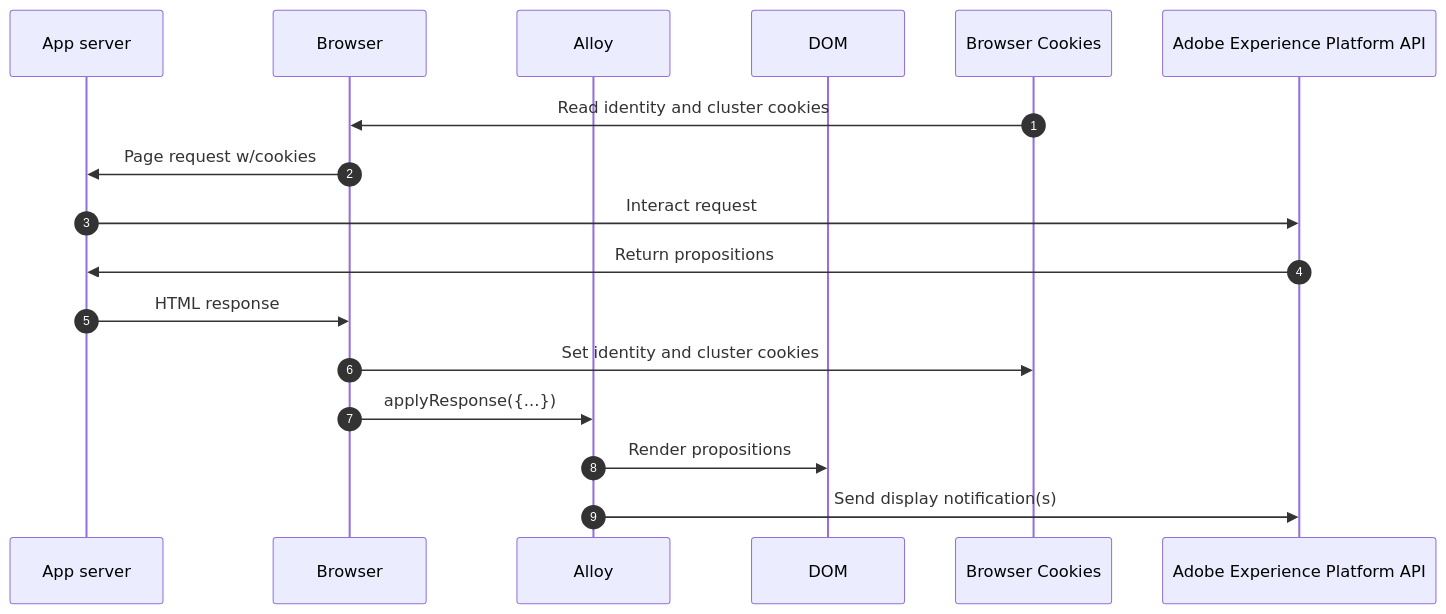
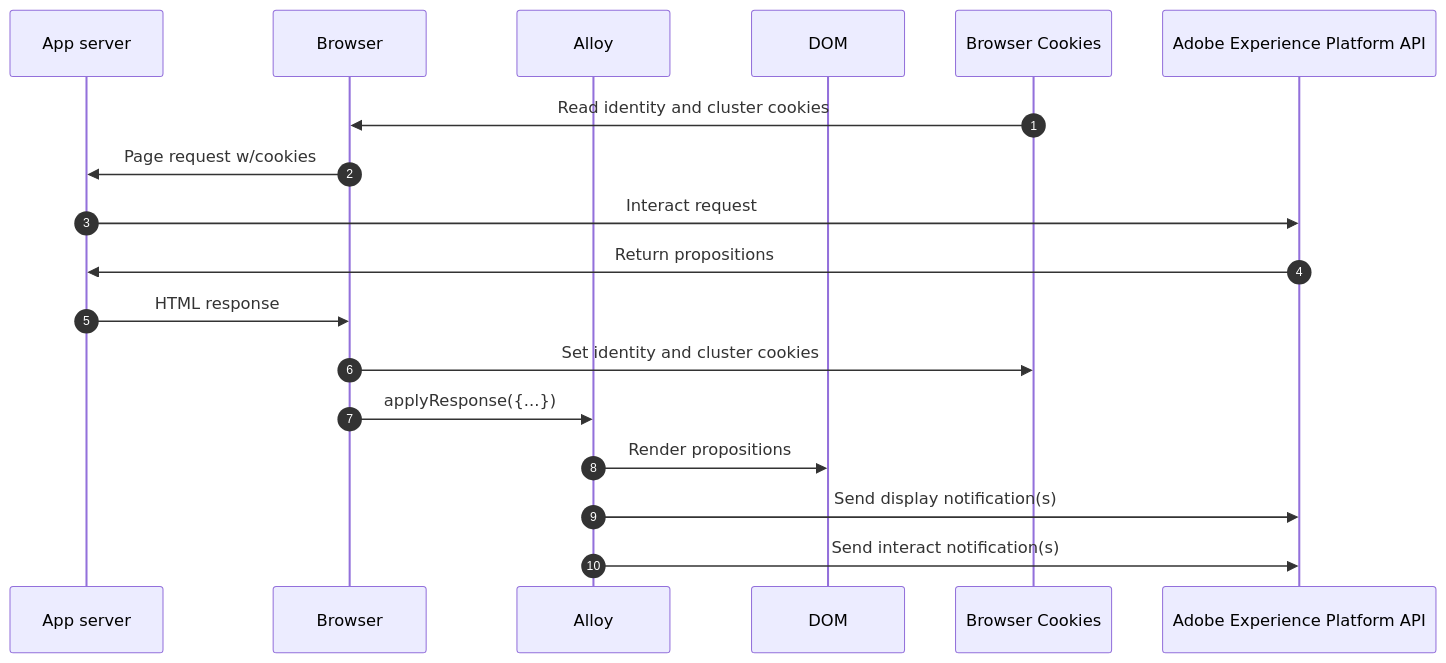
The diagram in ajo/personalization-hybrid/README.md (adobe/alloy-samples), drawn with Mermaid before and after one commit. The commit also changed other lines of this file and 5 other files, not shown here.

````diff
--- a/ajo/personalization-hybrid/README.md
+++ b/ajo/personalization-hybrid/README.md
@@ -270,19 +267,20 @@
 ```mermaid
 sequenceDiagram
   participant App server
   participant Browser
   participant Alloy
   participant DOM
   participant Browser Cookies
   participant API as Adobe Experience Platform API
   autonumber
   Browser Cookies->>Browser: Read identity and cluster cookies
   Browser->>App server: Page request w/cookies
   App server->>API: Interact request
   API->>App server: Return propositions
   App server->>Browser: HTML response
   Browser->>Browser Cookies: Set identity and cluster cookies
   Browser->>Alloy: applyResponse({...});
   Alloy->>DOM: Render propositions
   Alloy->>API: Send display notification(s)
+  Alloy->>API: Send interact notification(s)
 ```
````
